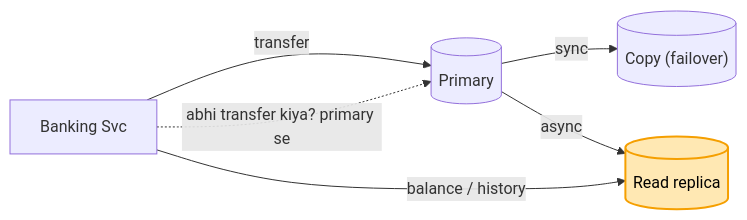
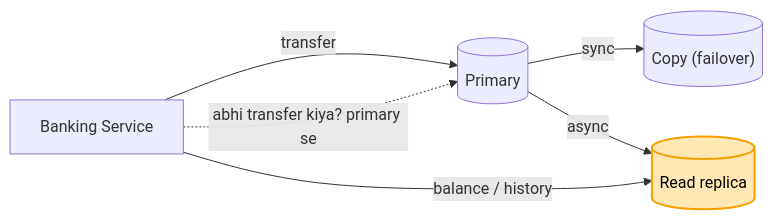
One commit to ArpanMaheshwari144/Prep changed the eighth of 10 diagrams in 04_HLD/SYSTEM_DESIGNS/13_banking_system/13_banking_system.md. Above: the diagram before and after it, drawn with Mermaid. The commit also changed other lines of this file and 8 other files, not shown here.

````diff
--- a/04_HLD/SYSTEM_DESIGNS/13_banking_system/13_banking_system.md
+++ b/04_HLD/SYSTEM_DESIGNS/13_banking_system/13_banking_system.md
@@ -297,9 +297,9 @@
 ```mermaid
 flowchart LR
-    S["Banking Svc"] -- "transfer" --> P[("Primary")]
+    S["Banking Service"] -- "transfer" --> P[("Primary")]
     P -- "sync" --> C[("Copy (failover)")]
     P -- "async" --> R[("Read replica")]
     S -- "balance / history" --> R
     S -. "abhi transfer kiya? primary se" .-> P
     style R fill:#ffe8b3,stroke:#f59f00,stroke-width:2px,color:#000
 ```
````
